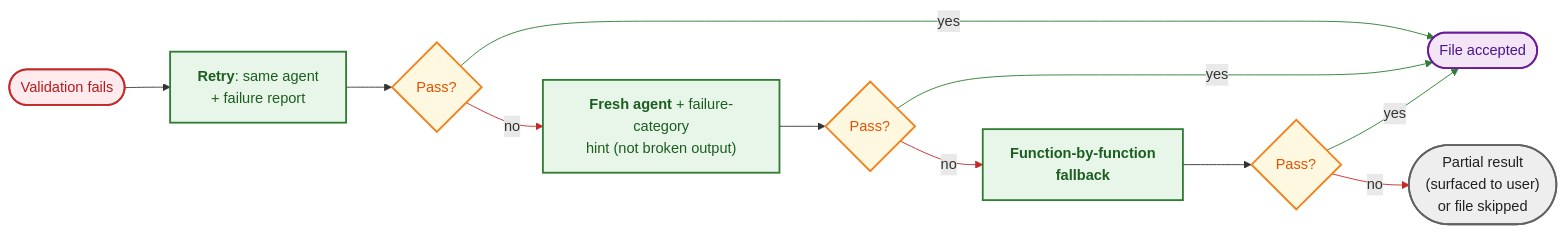
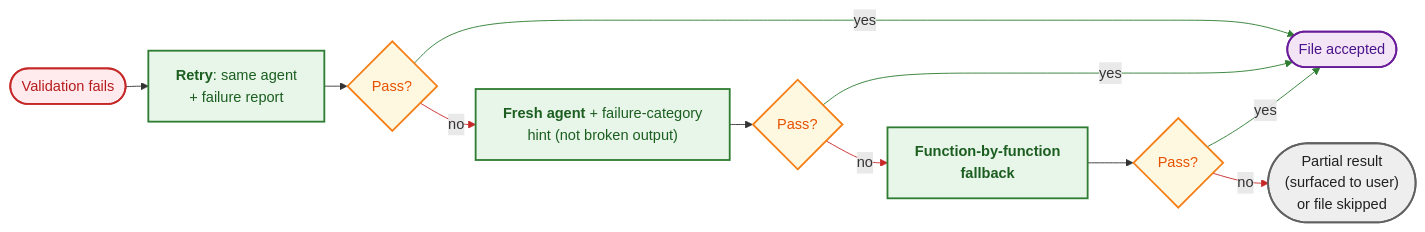
Diagram 36 of 48 in talk/slides-llmday/index.qmd (wiggitywhitney/spinybacked-orbweaver), drawn with Mermaid before and after one commit. The commit also changed other lines of this file and 1 other file, not shown here.

First line of the commit message:
fix(llmday-slides): add wrappingWidth override to fix loop diagrams

````diff
--- a/talk/slides-llmday/index.qmd
+++ b/talk/slides-llmday/index.qmd
@@ -2069,49 +2079,50 @@
 ```{mermaid}
 %%| mermaid-format: js
+%%{init: {'flowchart': {'wrappingWidth': 700, 'rankSpacing': 25}}}%%
 flowchart LR
     FAIL(["Validation fails"])
     R1["`**Retry**: same agent
 + failure report`"]
     D1{Pass?}
     ACCEPT(["File accepted"])
     R2["`**Fresh agent** + failure-category
 hint (not broken output)`"]
     D2{Pass?}
     R3["`**Function-by-function
 fallback**`"]
     D3{Pass?}
     PARTIAL(["`Partial result
 (surfaced to user)
 or file skipped`"])
 
     FAIL --> R1
     R1 --> D1
     D1 -->|yes| ACCEPT
     D1 -->|no| R2
     R2 --> D2
     D2 -->|yes| ACCEPT
     D2 -->|no| R3
     R3 --> D3
     D3 -->|yes| ACCEPT
     D3 -->|no| PARTIAL
 
     linkStyle 2 stroke:#2E7D32
     linkStyle 3 stroke:#C62828
     linkStyle 5 stroke:#2E7D32
     linkStyle 6 stroke:#C62828
     linkStyle 8 stroke:#2E7D32
     linkStyle 9 stroke:#C62828
 
     classDef flentry fill:#FFEBEE,stroke:#C62828,stroke-width:2px,color:#B71C1C
     classDef flai fill:#E8F5E9,stroke:#2E7D32,stroke-width:2px,color:#1B5E20
     classDef flcheck fill:#FFF8E1,stroke:#F57F17,stroke-width:2px,color:#E65100
     classDef flaccept fill:#F3E5F5,stroke:#6A1B9A,stroke-width:2px,color:#4A148C
     classDef flpartial fill:#EEEEEE,stroke:#616161,stroke-width:2px,color:#212121
     classDef flhidden fill:white,stroke:white,color:white
 
     class FAIL flentry
     class R1,R2,R3 flai
     class D1,D2,D3 flcheck
     class ACCEPT flaccept
     class PARTIAL flpartial
 ```
````
